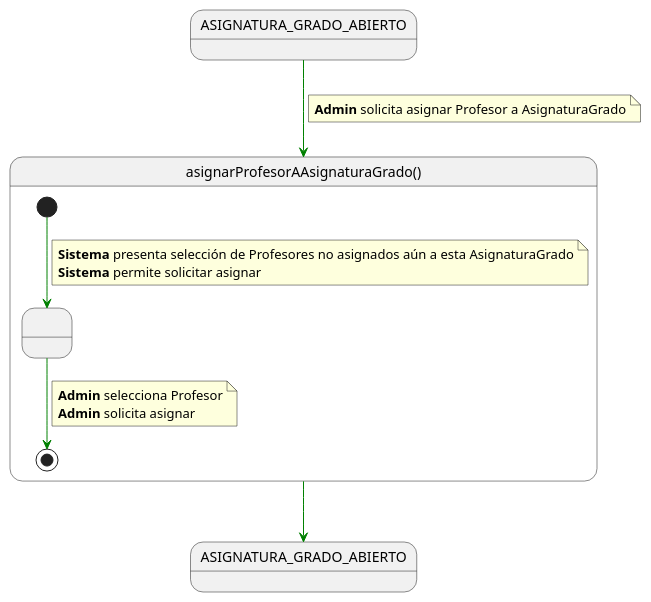
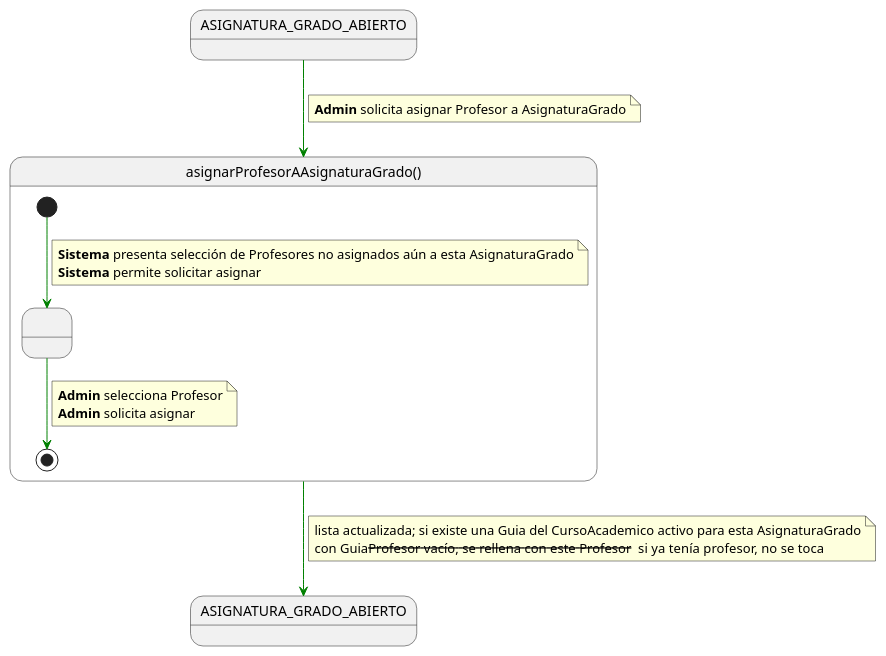
One commit to mmasias/pyCeldaPublico changed the diagram in RUP/01-requisitos/03-detalle-casos-uso/asignarProfesorAAsignaturaGrado/especificacion.puml. Above: the diagram before and after it, drawn with PlantUML. The commit also changed 57 other files, not shown here.

First line of the commit message:
feat(catalogo): abrirPanelAdministracion() + resuelve completarGestion() en los tres diagramas de contexto

```diff
--- a/RUP/01-requisitos/03-detalle-casos-uso/asignarProfesorAAsignaturaGrado/especificacion.puml
+++ b/RUP/01-requisitos/03-detalle-casos-uso/asignarProfesorAAsignaturaGrado/especificacion.puml
@@ -1,32 +1,36 @@
 @startuml asignarProfesorAAsignaturaGrado
 
 skinparam linetype polyline
 
 state ASIGNATURA_GRADO_ABIERTO
 state ASIGNATURA_GRADO_ABIERTO_SALIDA as "ASIGNATURA_GRADO_ABIERTO"
 
 ASIGNATURA_GRADO_ABIERTO -[#green]-> asignarProfesorAAsignaturaGrado
 note on link
 <b>Admin</b> solicita asignar Profesor a AsignaturaGrado
 end note
 
 state asignarProfesorAAsignaturaGrado as "asignarProfesorAAsignaturaGrado()" {
 
     state " " as SolicitandoDatos
 
     [*] -[#green]-> SolicitandoDatos
     note on link
     <b>Sistema</b> presenta selección de Profesores no asignados aún a esta AsignaturaGrado
     <b>Sistema</b> permite solicitar asignar
     end note
 
     SolicitandoDatos -[#green]-> [*]
     note on link
     <b>Admin</b> selecciona Profesor
     <b>Admin</b> solicita asignar
     end note
 }
 
 asignarProfesorAAsignaturaGrado -[#green]-> ASIGNATURA_GRADO_ABIERTO_SALIDA
+note on link
+lista actualizada; si existe una Guia del CursoAcademico activo para esta AsignaturaGrado
+con Guia--Profesor vacío, se rellena con este Profesor -- si ya tenía profesor, no se toca
+end note
 
 @enduml
```
